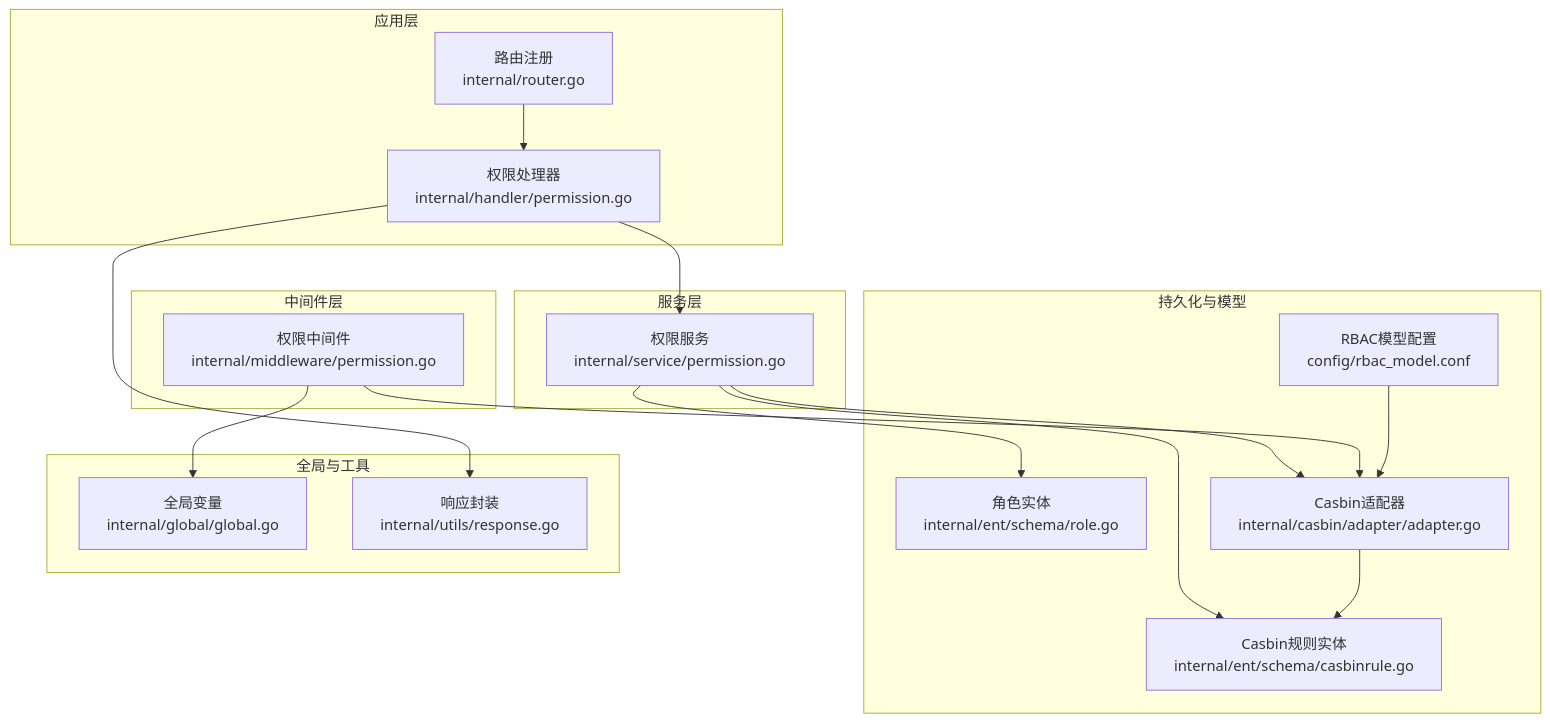
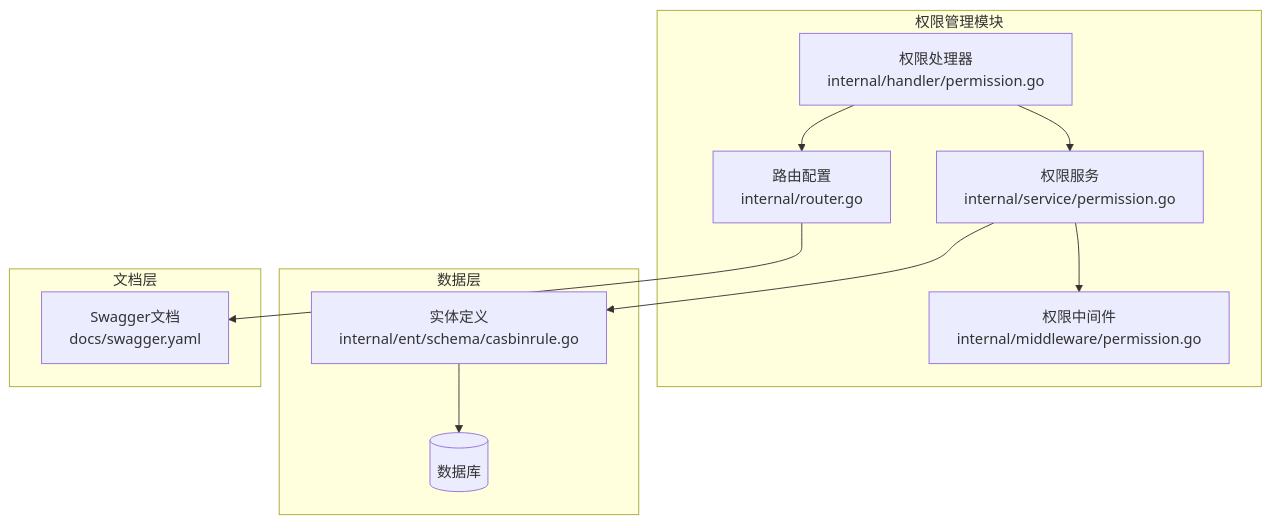
The first of 5 diagrams in .qoder/repowiki/zh/content/API接口文档/权限管理接口.md (wuwuseo/e-sports-go-admin), drawn with Mermaid before and after one commit. The commit also changed other lines of this file and 141 other files, not shown here.

````diff
--- a/.qoder/repowiki/zh/content/API接口文档/权限管理接口.md
+++ b/.qoder/repowiki/zh/content/API接口文档/权限管理接口.md
@@ -44,33 +37,22 @@
 ```mermaid
 graph TB
-subgraph "应用层"
-R["路由注册<br/>internal/router.go"]
-H["权限处理器<br/>internal/handler/permission.go"]
+subgraph "权限管理模块"
+Handler[权限处理器<br/>internal/handler/permission.go]
+Service[权限服务<br/>internal/service/permission.go]
+Middleware[权限中间件<br/>internal/middleware/permission.go]
+Router[路由配置<br/>internal/router.go]
 end
-subgraph "服务层"
-S["权限服务<br/>internal/service/permission.go"]
+subgraph "数据层"
+Ent[实体定义<br/>internal/ent/schema/casbinrule.go]
+DB[(数据库)]
 end
-subgraph "中间件层"
-M["权限中间件<br/>internal/middleware/permission.go"]
+subgraph "文档层"
+Swagger[Swagger文档<br/>docs/swagger.yaml]
 end
-subgraph "持久化与模型"
-E["Casbin规则实体<br/>internal/ent/schema/casbinrule.go"]
-RL["角色实体<br/>internal/ent/schema/role.go"]
-A["Casbin适配器<br/>internal/casbin/adapter/adapter.go"]
-C["RBAC模型配置<br/>config/rbac_model.conf"]
-end
-subgraph "全局与工具"
-G["全局变量<br/>internal/global/global.go"]
-U["响应封装<br/>internal/utils/response.go"]
-end
-R --> H
-H --> S
-S --> E
-S --> RL
-S --> A
-M --> G
-M --> A
-A --> E
-C --> A
-H --> U
+Handler --> Service
+Service --> Ent
+Ent --> DB
+Handler --> Router
+Service --> Middleware
+Router --> Swagger
 ```
````
